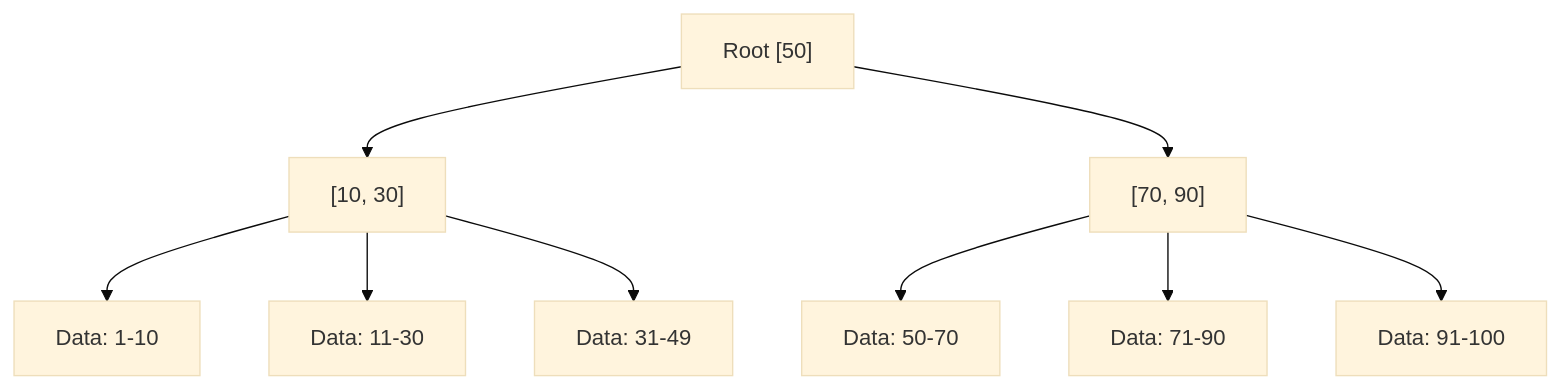
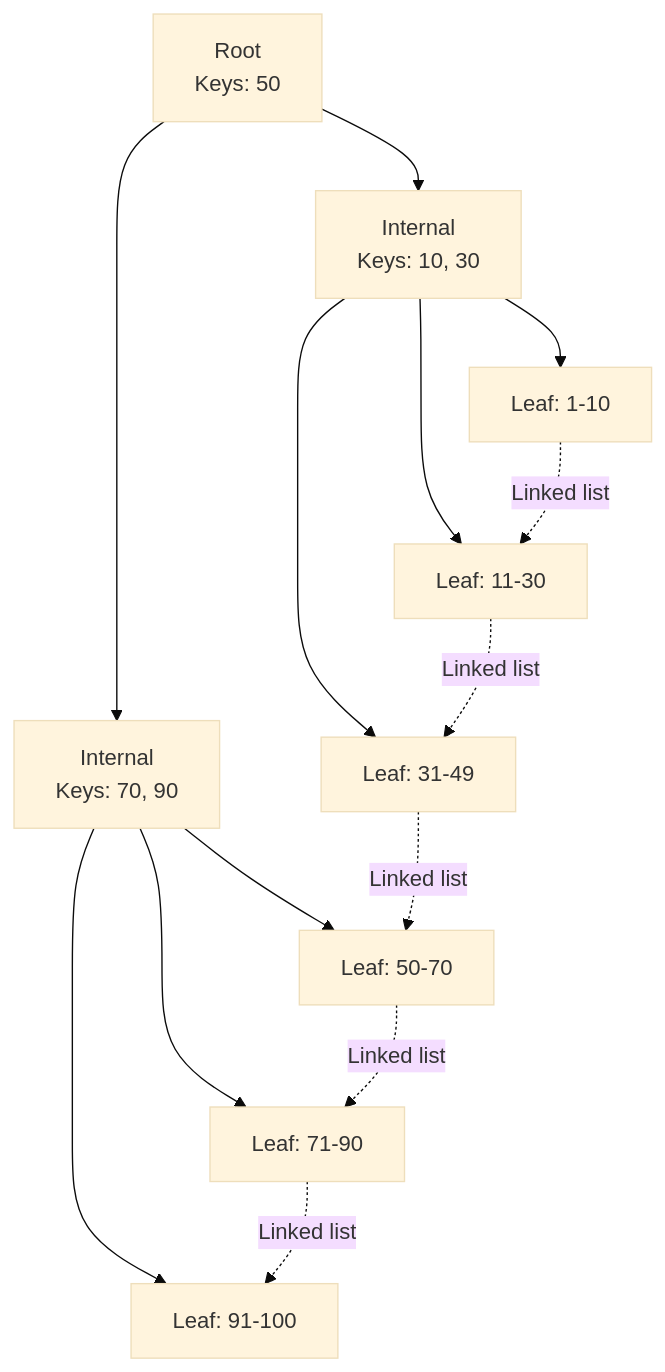
Before and after one commit to EndianKnight/interview-prep: diagram 13 of 17 in 02-system-design/fundamentals/08-databases.md, drawn with Mermaid (base theme). The commit also changed other lines of this file and 5 other files, not shown here.

````diff
--- a/02-system-design/fundamentals/08-databases.md
+++ b/02-system-design/fundamentals/08-databases.md
@@ -75,11 +659,16 @@
 ```mermaid
 graph TD
-    Root["Root [50]"] --> Left["[10, 30]"]
-    Root --> Right["[70, 90]"]
-    Left --> L1["Data: 1-10"]
-    Left --> L2["Data: 11-30"]
-    Left --> L3["Data: 31-49"]
-    Right --> R1["Data: 50-70"]
-    Right --> R2["Data: 71-90"]
-    Right --> R3["Data: 91-100"]
+    Root["Root<br/>Keys: 50"] --> Left["Internal<br/>Keys: 10, 30"]
+    Root --> Right["Internal<br/>Keys: 70, 90"]
+    Left --> L1["Leaf: 1-10"]
+    Left --> L2["Leaf: 11-30"]
+    Left --> L3["Leaf: 31-49"]
+    Right --> R1["Leaf: 50-70"]
+    Right --> R2["Leaf: 71-90"]
+    Right --> R3["Leaf: 91-100"]
+    L1 -.->|"Linked list"| L2
+    L2 -.->|"Linked list"| L3
+    L3 -.->|"Linked list"| R1
+    R1 -.->|"Linked list"| R2
+    R2 -.->|"Linked list"| R3
 ```
````
